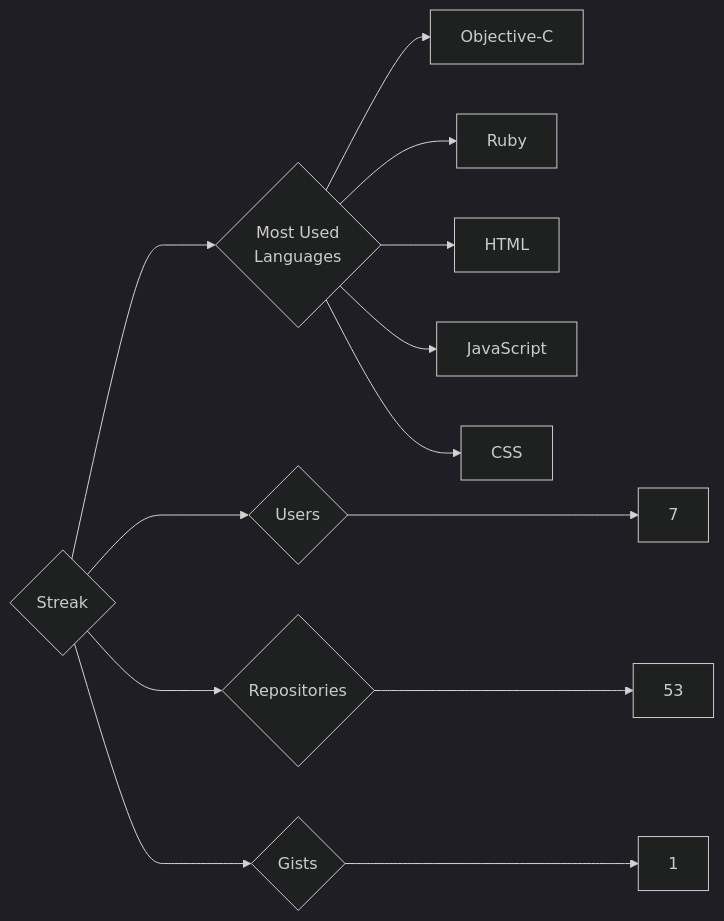
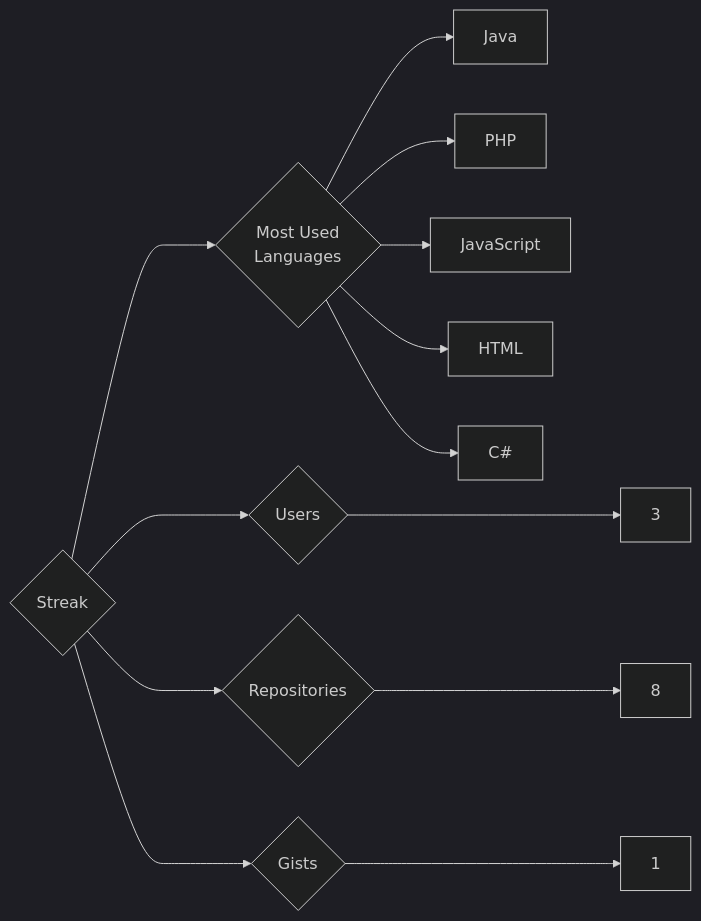
Before and after one commit to trickest/insiders: the diagram in targets/Streak/README.md, drawn with Mermaid (dark theme). The commit also changed 839 other files, not shown here.

````diff
--- a/targets/Streak/README.md
+++ b/targets/Streak/README.md
@@ -3,13 +3,13 @@
 ```mermaid
 graph LR
 COMPANY_NAME{Streak}
-COMPANY_NAME ---> U{Users} ---> UN[7]
-COMPANY_NAME ---> R{Repositories} ---> RN[53]
+COMPANY_NAME ---> U{Users} ---> UN[3]
+COMPANY_NAME ---> R{Repositories} ---> RN[8]
 COMPANY_NAME ---> G{Gists} ---> GN[1]
 COMPANY_NAME ---> ML{Most Used<br>Languages}
-ML --> Objective-C[Objective-C]
-ML --> Ruby[Ruby]
+ML --> Java[Java]
+ML --> PHP[PHP]
+ML --> JavaScript[JavaScript]
 ML --> HTML[HTML]
-ML --> JavaScript[JavaScript]
-ML --> CSS[CSS]
+ML --> C#[C#]
 ```
````
